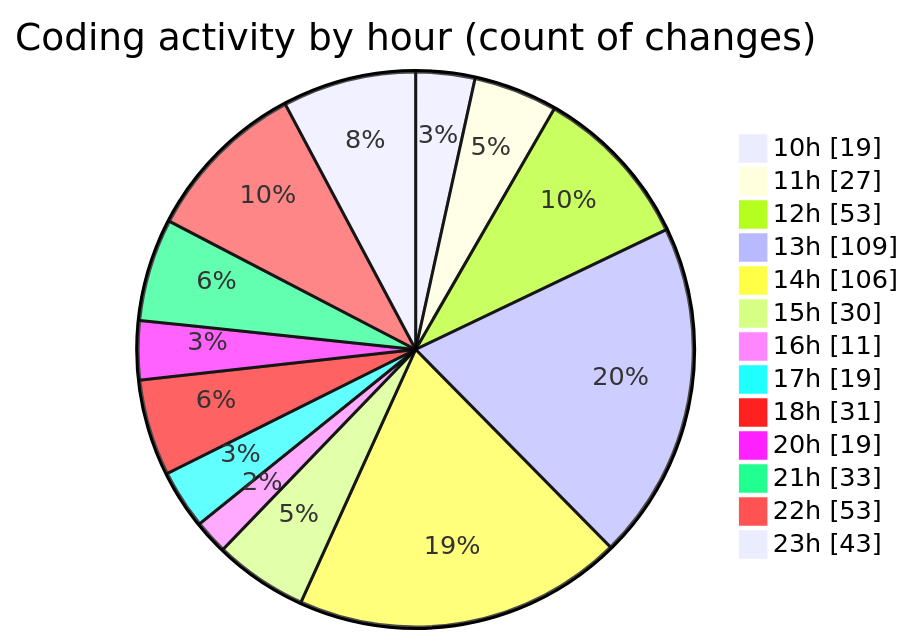
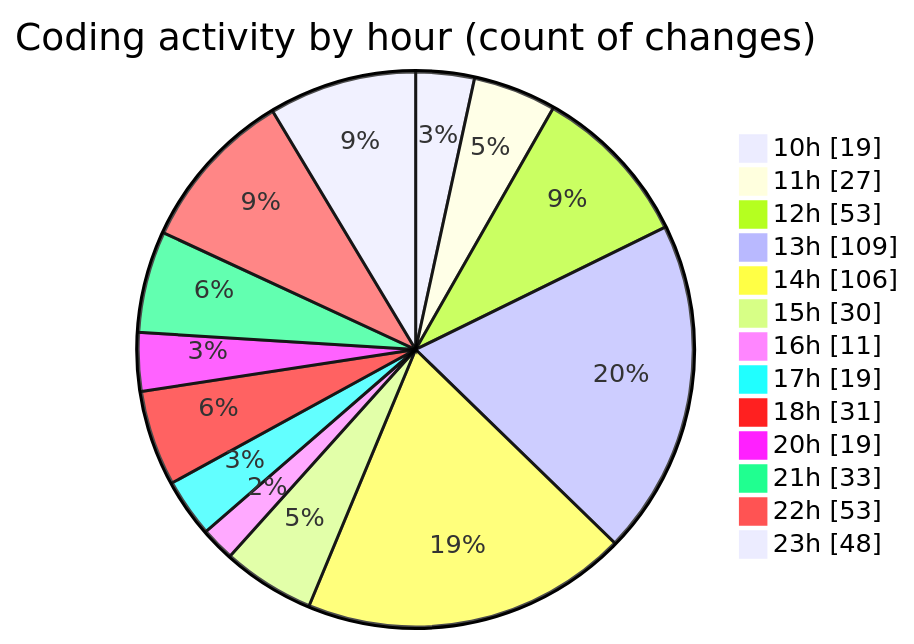
One commit to momahboobian/code-tracking changed the second of 2 diagrams in 2025-03-18/cda/README.md. Above: the diagram before and after it, drawn with Mermaid. The commit also changed other lines of this file and 1 other file, not shown here.

````diff
--- a/2025-03-18/cda/README.md
+++ b/2025-03-18/cda/README.md
@@ -46,17 +46,17 @@
 ```mermaid
 pie showData
 title Coding activity by hour (count of changes)
 "10h" : 19
 "11h" : 27
 "12h" : 53
 "13h" : 109
 "14h" : 106
 "15h" : 30
 "16h" : 11
 "17h" : 19
 "18h" : 31
 "20h" : 19
 "21h" : 33
 "22h" : 53
-"23h" : 43
+"23h" : 48
 ```
````
